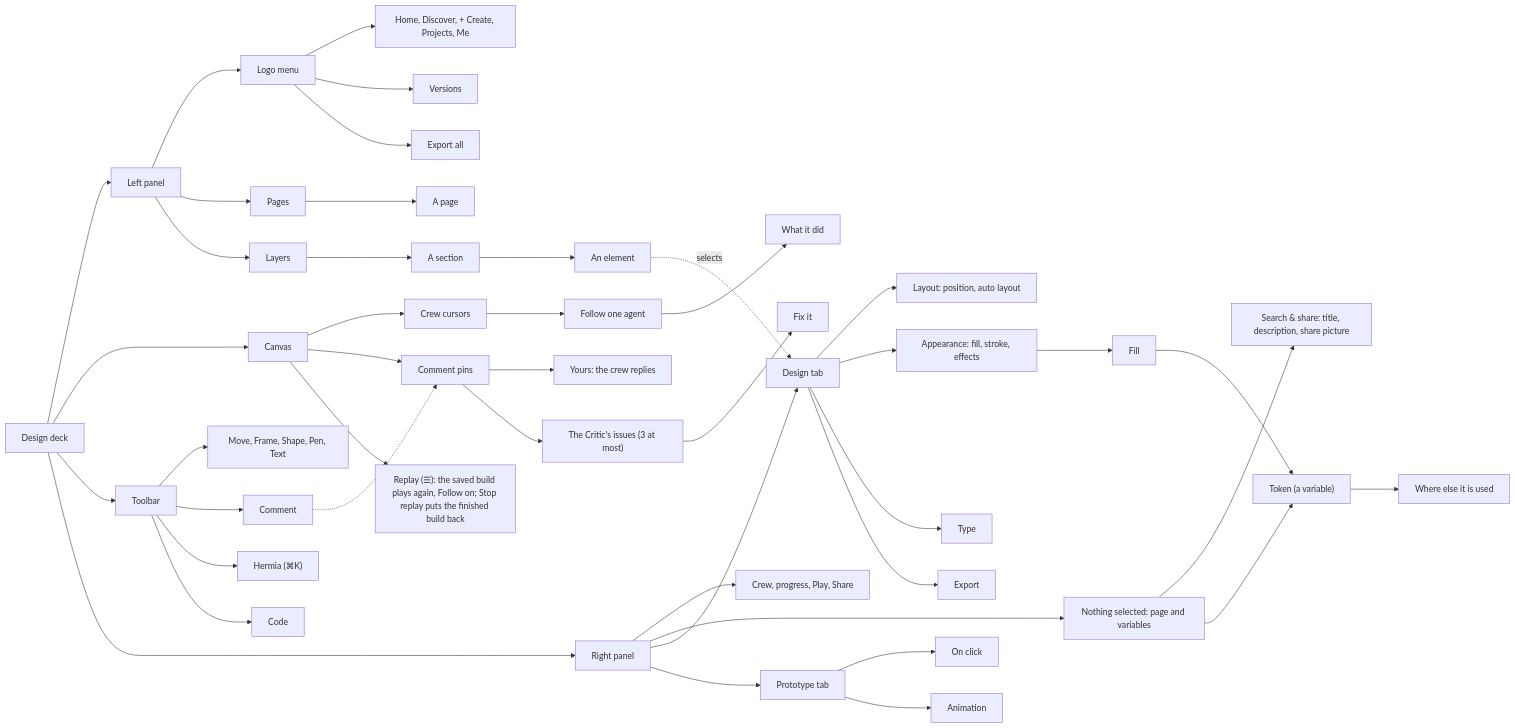
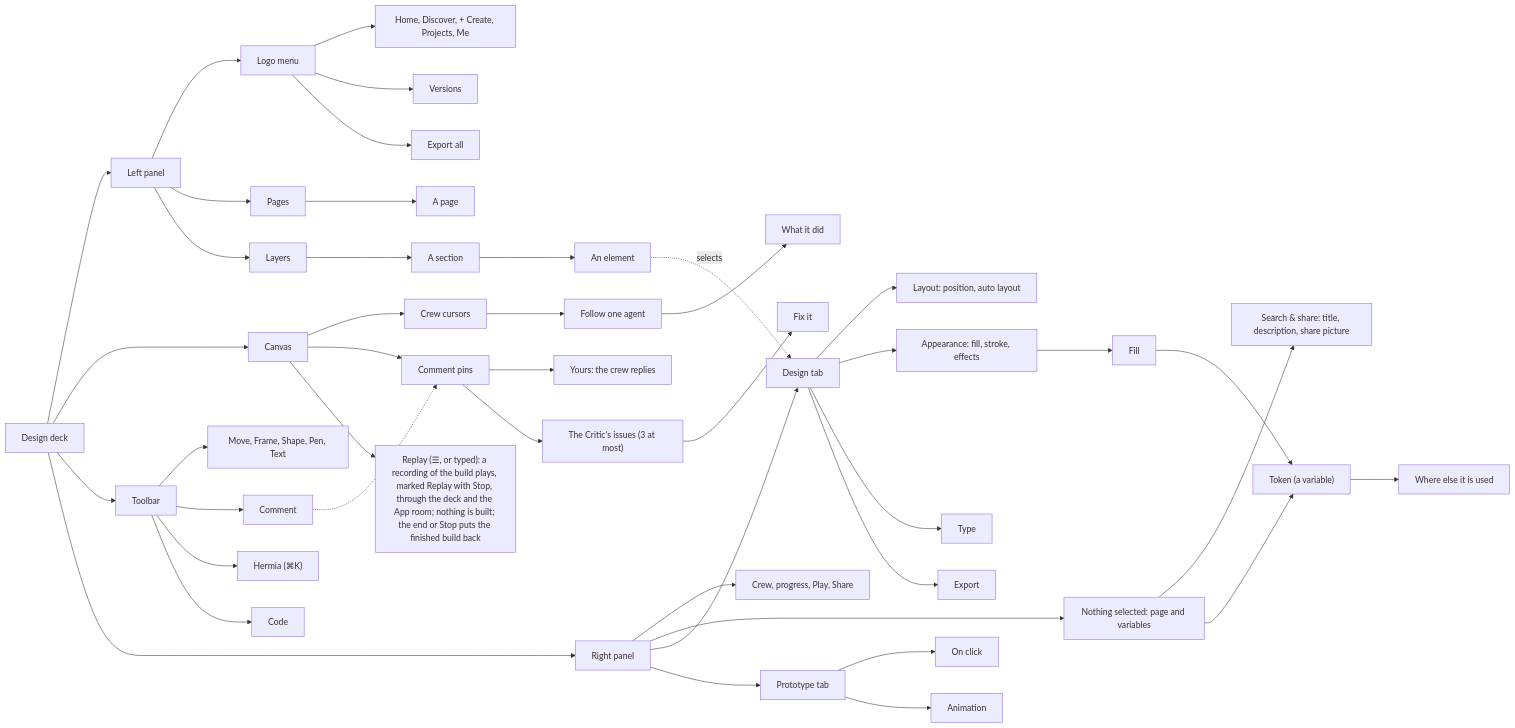
One commit to Pukujan/swarm-studio changed diagram 13 of 27 in docs/ux/SITEMAP.md. Above: the diagram before and after it, drawn with Mermaid. The commit also changed 15 other files, not shown here.

First line of the commit message:
A replay reads as a recording, and starts nothing

````diff
--- a/docs/ux/SITEMAP.md
+++ b/docs/ux/SITEMAP.md
@@ -409,45 +409,45 @@
 ```mermaid
 flowchart LR
   DD[Design deck] --> LP[Left panel]
   DD --> CV[Canvas]
   DD --> TB[Toolbar]
   DD --> RP[Right panel]
   LP --> LM[Logo menu]
   LP --> PG[Pages]
   LP --> LY[Layers]
   LM --> LM1["Home, Discover, + Create, Projects, Me"]
   LM --> LM2[Versions]
   LM --> LM3[Export all]
   PG --> PA[A page]
   LY --> SC[A section]
   SC --> EL[An element]
   EL -.->|selects| DT
   CV --> CU[Crew cursors]
   CV --> PIN[Comment pins]
   CU --> FO[Follow one agent]
-  CV --> RPL["Replay (☰): the saved build plays again, Follow on; Stop replay puts the finished build back"]
+  CV --> RPL["Replay (☰, or typed): a recording of the build plays, marked Replay with Stop, through the deck and the App room; nothing is built; the end or Stop puts the finished build back"]
   FO --> TR[What it did]
   PIN --> YT["Yours: the crew replies"]
   PIN --> CI["The Critic's issues (3 at most)"]
   CI --> FX[Fix it]
   TB --> T1["Move, Frame, Shape, Pen, Text"]
   TB --> T2[Comment]
   TB --> T3["Hermia (⌘K)"]
   TB --> T4[Code]
   T2 -.-> PIN
   RP --> TOP["Crew, progress, Play, Share"]
   RP --> NS["Nothing selected: page and variables"]
   NS --> SEO["Search & share: title, description, share picture"]
   RP --> DT[Design tab]
   RP --> PT[Prototype tab]
   DT --> LA["Layout: position, auto layout"]
   DT --> AP["Appearance: fill, stroke, effects"]
   DT --> TY[Type]
   DT --> EX[Export]
   AP --> FI[Fill]
   FI --> TK["Token (a variable)"]
   NS --> TK
   TK --> TU[Where else it is used]
   PT --> OC[On click]
   PT --> AN[Animation]
 ```
````
